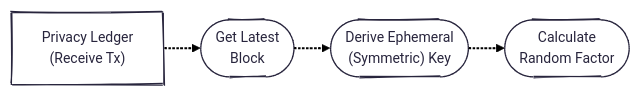
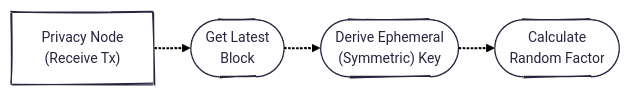
One commit to raylsnetwork/Enygma changed the fifth of 7 diagrams in enygma_payments/README.md. Above: the diagram before and after it, drawn with Mermaid. The commit also changed other lines of this file, not shown here.

Commit message:
Update README to replace 'Privacy Ledger' with 'Privacy Node'

````diff
--- a/enygma_payments/README.md
+++ b/enygma_payments/README.md
@@ -122,18 +122,18 @@
 ```mermaid
 ---
 config:
   theme: redux
   layout: elk
   look: handDrawn
 ---
 flowchart LR
 
     %% PL (Receive)
-    pl_receive["Privacy Ledger<br>(Receive Tx)"]
+    pl_receive["Privacy Node<br>(Receive Tx)"]
     derivereceivekey(["Derive Ephemeral<br>(Symmetric) Key"])
     calcR_receive(["Calculate<br>Random Factor"])
     getblock_receive(["Get Latest<br>Block"])
 
     pl_receive -.-> getblock_receive -.-> derivereceivekey -.-> calcR_receive
 
 ```
````
